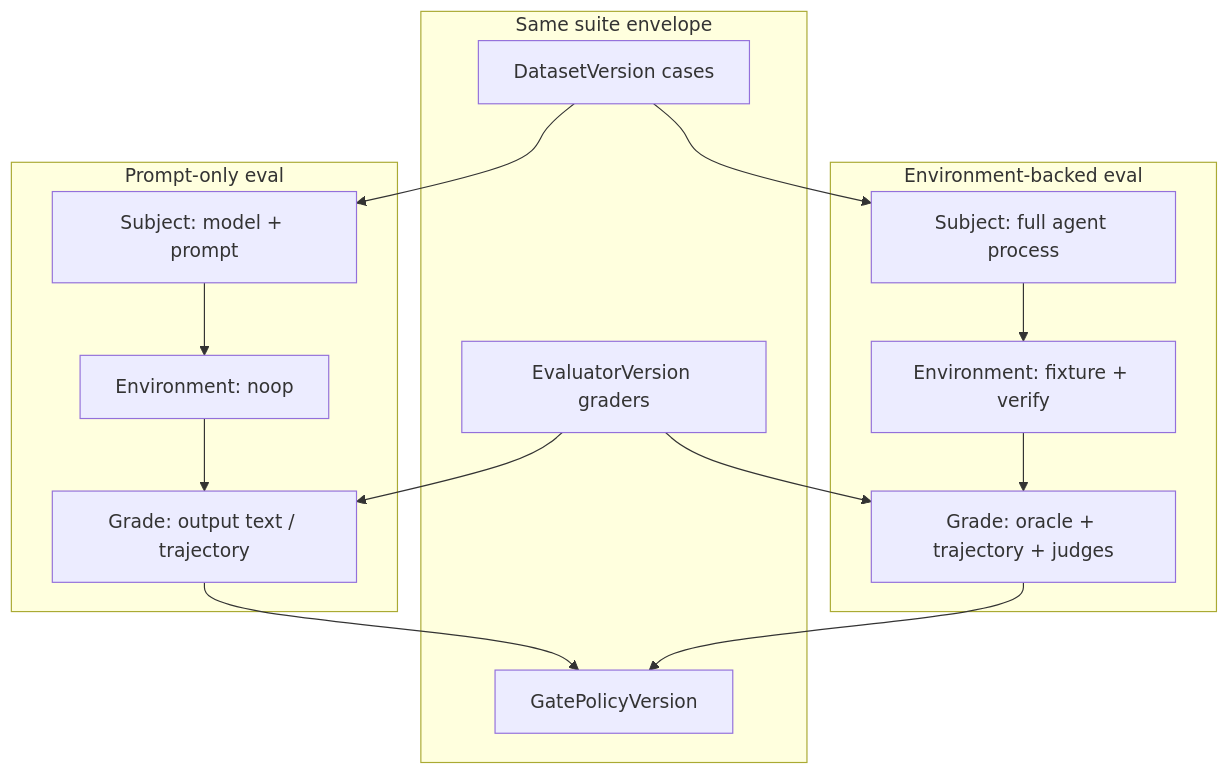
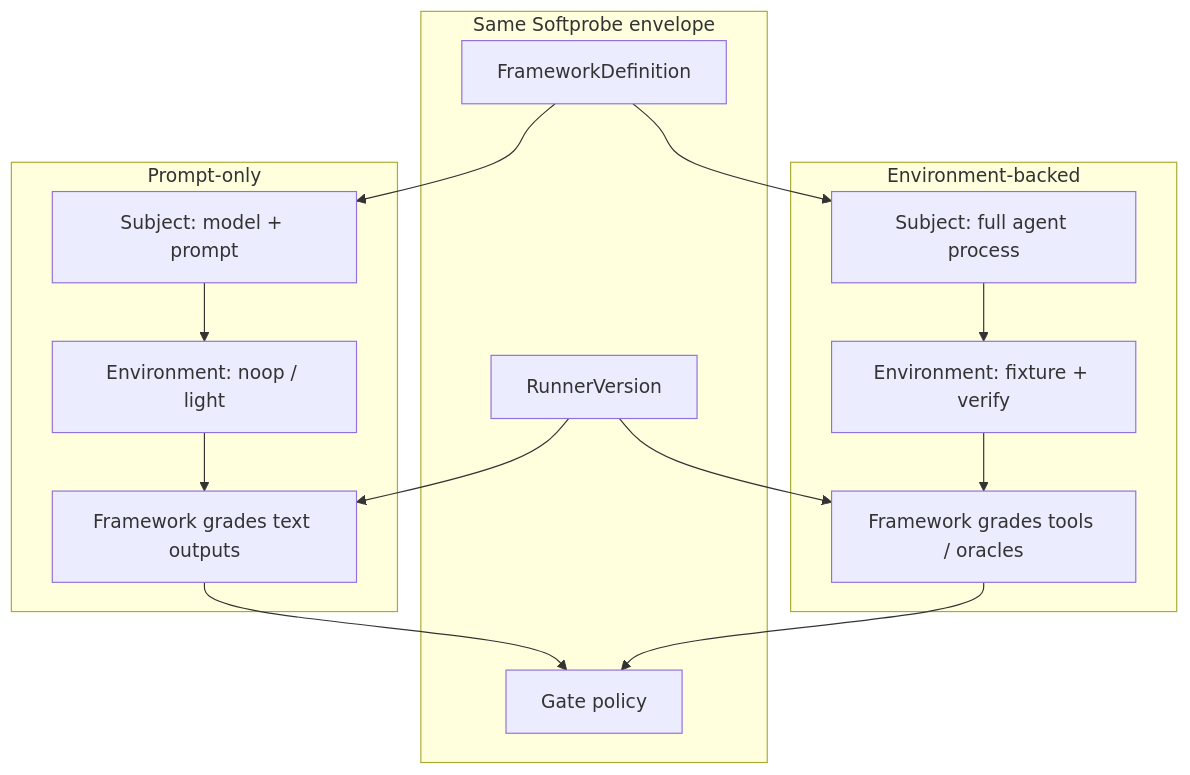
One commit to softprobe/document-website changed the first of 2 diagrams in en/evaluation/guides/eval-modes.md. Above: the diagram before and after it, drawn with Mermaid. The commit also changed other lines of this file and 11 other files, not shown here.

````diff
--- a/en/evaluation/guides/eval-modes.md
+++ b/en/evaluation/guides/eval-modes.md
@@ -9,23 +9,23 @@
 ```mermaid
 flowchart TB
-  subgraph shared [Same suite envelope]
-    Data[DatasetVersion cases]
-    Eval[EvaluatorVersion graders]
-    Gate[GatePolicyVersion]
+  subgraph shared [Same Softprobe envelope]
+    Def[FrameworkDefinition]
+    RunV[RunnerVersion]
+    Gate[Gate policy]
   end
-  subgraph promptOnly [Prompt-only eval]
+  subgraph promptOnly [Prompt-only]
     S1[Subject: model + prompt]
-    E1[Environment: noop]
-    O1[Grade: output text / trajectory]
+    E1[Environment: noop / light]
+    O1[Framework grades text outputs]
   end
-  subgraph envBacked [Environment-backed eval]
+  subgraph envBacked [Environment-backed]
     S2[Subject: full agent process]
     E2[Environment: fixture + verify]
-    O2[Grade: oracle + trajectory + judges]
+    O2[Framework grades tools / oracles]
   end
-  Data --> S1 & S2
-  Eval --> O1 & O2
+  Def --> S1 & S2
+  RunV --> O1 & O2
   S1 --> E1 --> O1
   S2 --> E2 --> O2
   O1 & O2 --> Gate
 ```
````
